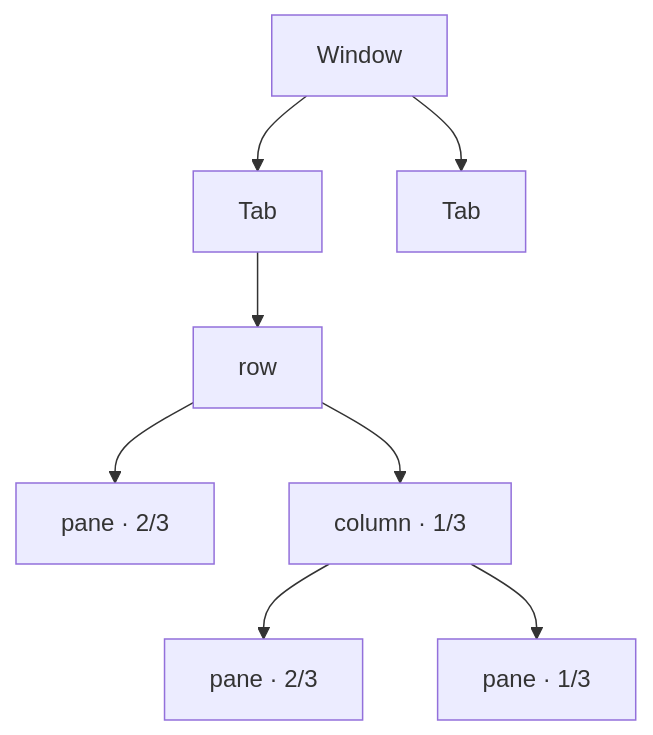
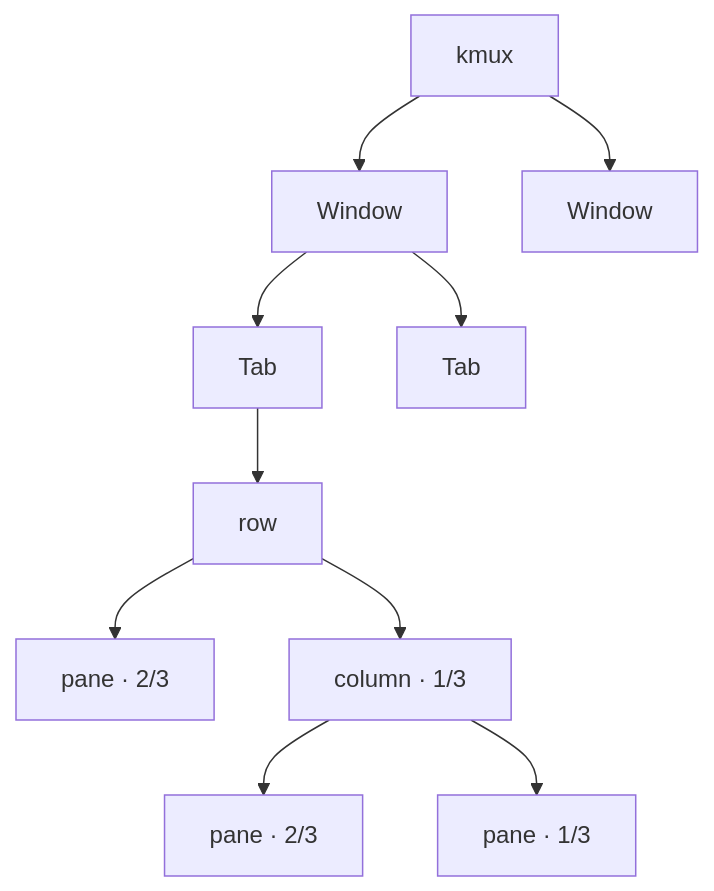
One commit to tampopogk/kmux changed the second of 3 diagrams in docs/kmux-spec.md. Above: the diagram before and after it, drawn with Mermaid. The commit also changed other lines of this file and 11 other files, not shown here.

````diff
--- a/docs/kmux-spec.md
+++ b/docs/kmux-spec.md
@@ -63,10 +63,12 @@
 ```mermaid
 flowchart TD
-    W["Window"] --> T1["Tab"]
-    W --> T2["Tab"]
+    APP["kmux"] --> W1["Window"]
+    APP --> W2["Window"]
+    W1 --> T1["Tab"]
+    W1 --> T2["Tab"]
     T1 --> R["row"]
     R --> P1["pane · 2/3"]
     R --> C["column · 1/3"]
     C --> P2["pane · 2/3"]
     C --> P3["pane · 1/3"]
 ```
````
